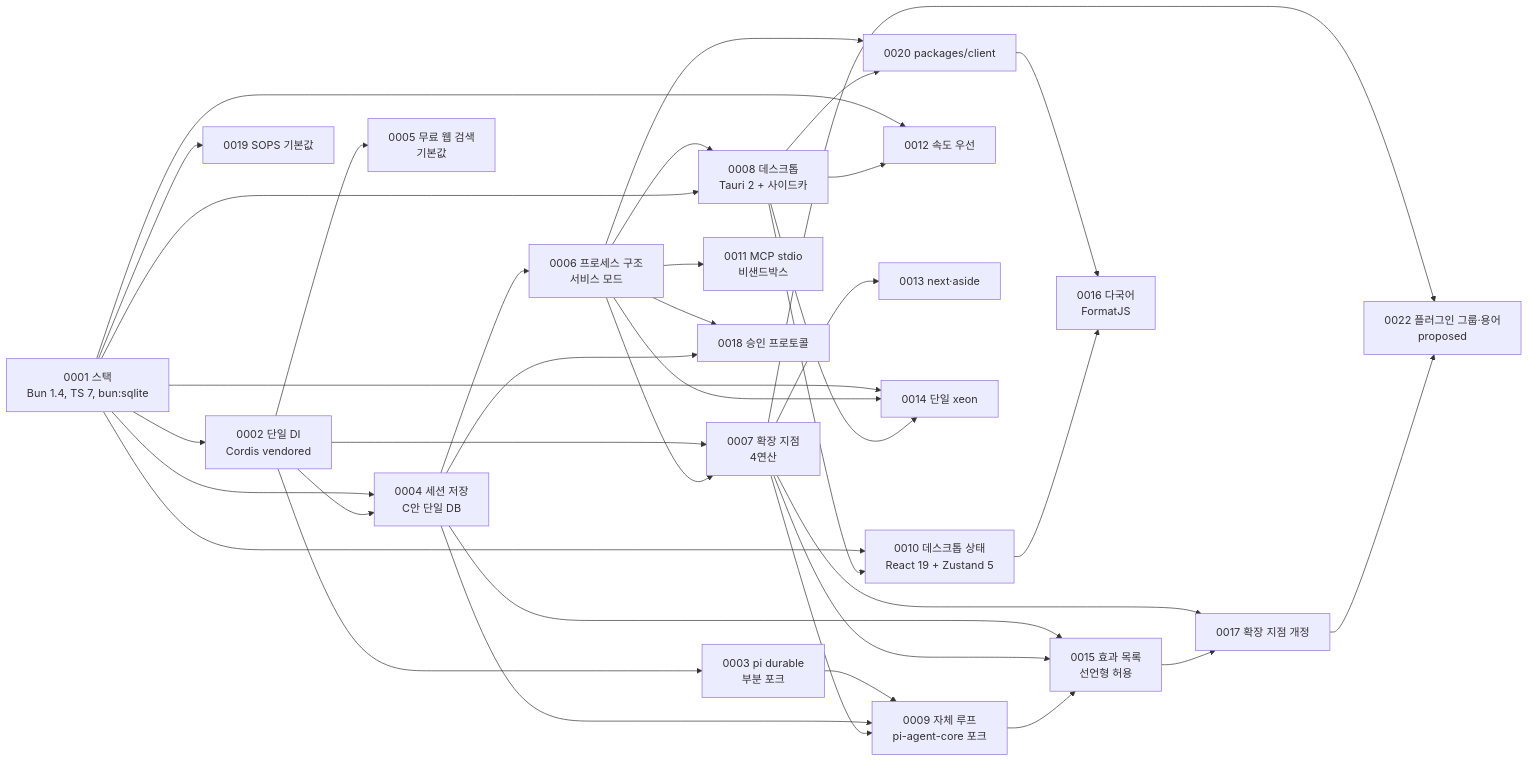
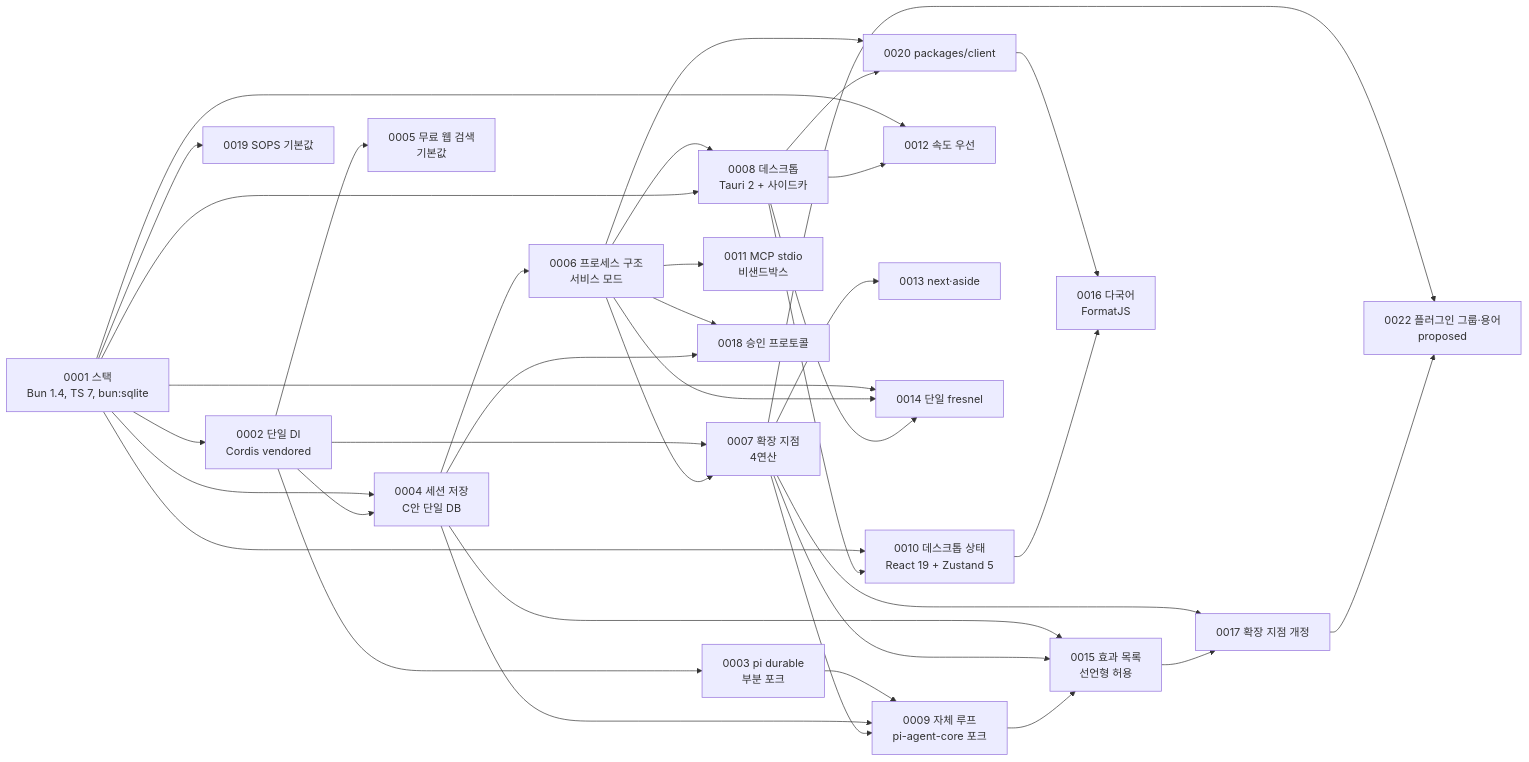
Before and after one commit to Rengod95/Helm-Agent_Docs_OS: the diagram in docs/xeon/decisions/README.md, drawn with Mermaid. The commit also changed other lines of this file and 506 other files, not shown here.

````diff
--- a/docs/xeon/decisions/README.md
+++ b/docs/xeon/decisions/README.md
@@ -105,61 +105,61 @@
 ```mermaid
 flowchart LR
   A1["0001 스택<br/>Bun 1.4, TS 7, bun:sqlite"]
   A2["0002 단일 DI<br/>Cordis vendored"]
   A3["0003 pi durable<br/>부분 포크"]
   A4["0004 세션 저장<br/>C안 단일 DB"]
   A5["0005 무료 웹 검색<br/>기본값"]
   A6["0006 프로세스 구조<br/>서비스 모드"]
   A7["0007 확장 지점<br/>4연산"]
   A8["0008 데스크톱<br/>Tauri 2 + 사이드카"]
   A9["0009 자체 루프<br/>pi-agent-core 포크"]
   A10["0010 데스크톱 상태<br/>React 19 + Zustand 5"]
   A11["0011 MCP stdio<br/>비샌드박스"]
   A12["0012 속도 우선"]
   A13["0013 next·aside"]
-  A14["0014 단일 xeon"]
+  A14["0014 단일 fresnel"]
   A15["0015 효과 목록<br/>선언형 허용"]
   A16["0016 다국어<br/>FormatJS"]
   A17["0017 확장 지점 개정"]
   A18["0018 승인 프로토콜"]
   A19["0019 SOPS 기본값"]
   A20["0020 packages/client"]
   A22["0022 플러그인 그룹·용어<br/>proposed"]
 
   A1 --> A2
   A2 --> A7
   A2 --> A3
   A1 --> A4
   A2 --> A4
   A2 --> A5
   A4 --> A6
   A6 --> A7
   A6 --> A8
   A1 --> A8
   A3 --> A9
   A4 --> A9
   A7 --> A9
   A1 --> A10
   A8 --> A10
   A6 --> A11
   A1 --> A12
   A8 --> A12
   A7 --> A13
   A1 --> A14
   A6 --> A14
   A8 --> A14
   A4 --> A15
   A7 --> A15
   A9 --> A15
   A20 --> A16
   A10 --> A16
   A7 --> A17
   A15 --> A17
   A6 --> A18
   A4 --> A18
   A1 --> A19
   A6 --> A20
   A8 --> A20
   A7 --> A22
   A17 --> A22
 ```
````
